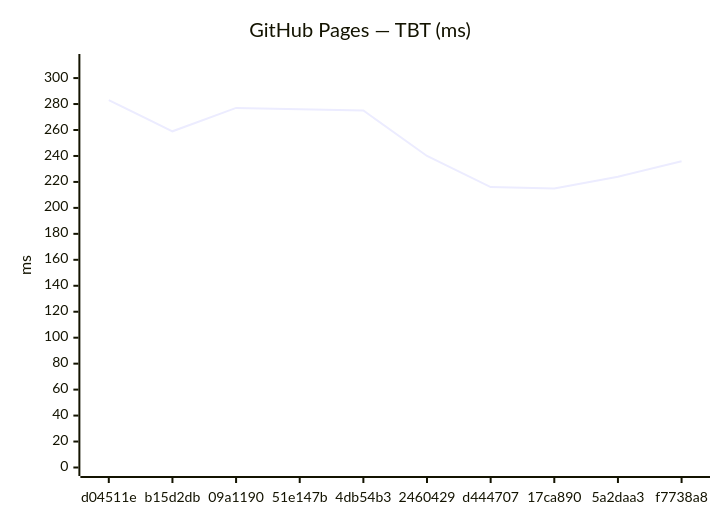
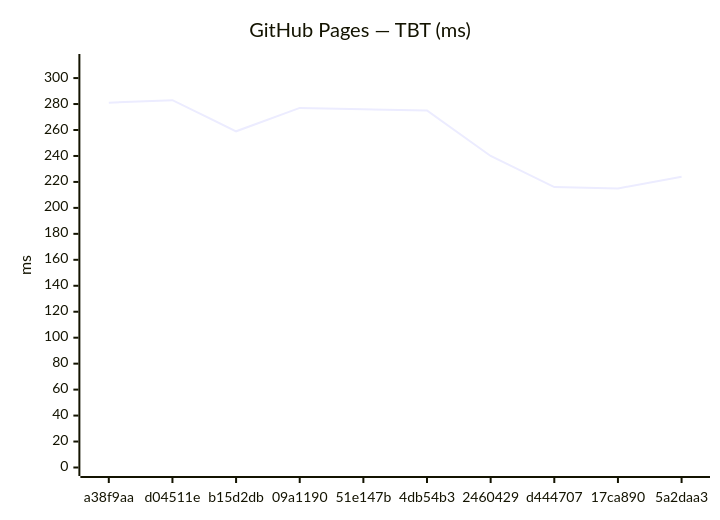
The fourth of 18 diagrams in benchmarks/compare.md (Metaheurist/Rianell), drawn with Mermaid before and after one commit. The commit also changed other lines of this file and 11 other files, not shown here.

````diff
--- a/benchmarks/compare.md
+++ b/benchmarks/compare.md
@@ -61,7 +61,7 @@
 ```mermaid
 xychart-beta
     title "GitHub Pages — TBT (ms)"
-    x-axis ["d04511e", "b15d2db", "09a1190", "51e147b", "4db54b3", "2460429", "d444707", "17ca890", "5a2daa3", "f7738a8"]
+    x-axis ["a38f9aa", "d04511e", "b15d2db", "09a1190", "51e147b", "4db54b3", "2460429", "d444707", "17ca890", "5a2daa3"]
     y-axis "ms" 0 --> 312
-    line [283, 259, 277, 276, 275, 240, 216, 215, 224, 236]
+    line [281, 283, 259, 277, 276, 275, 240, 216, 215, 224]
 ```
````
